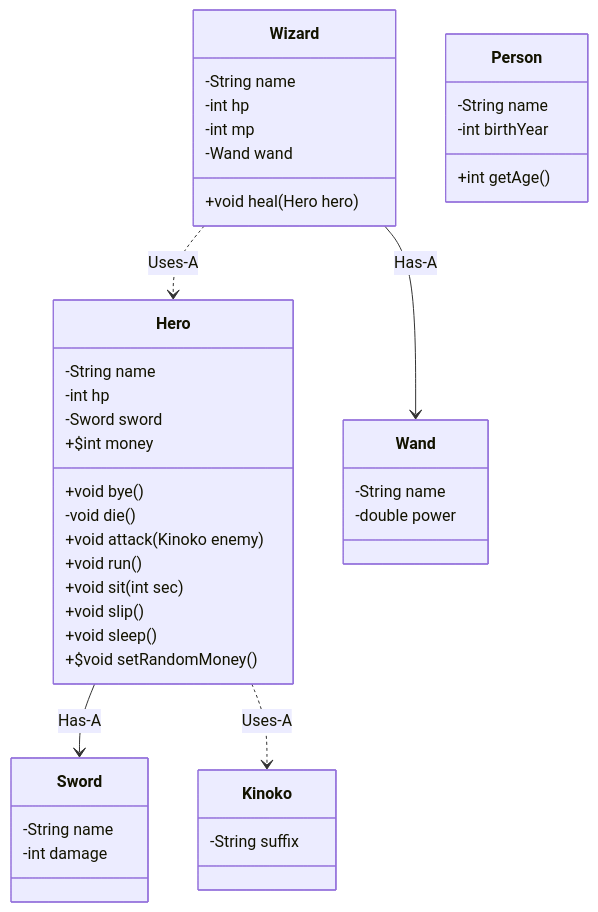
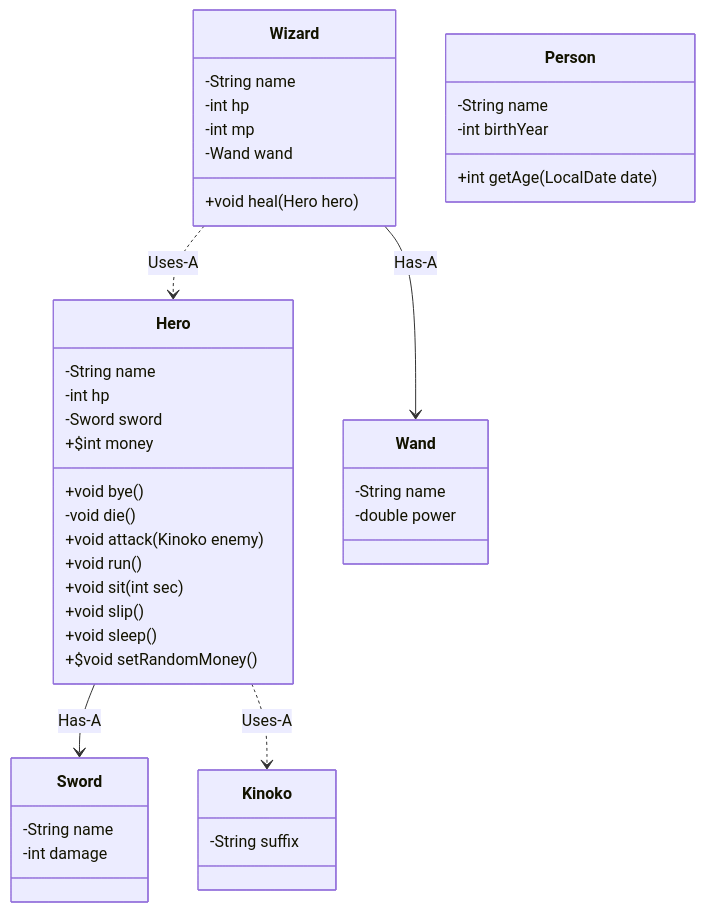
Before and after one commit to SurvivalCodingCampus/gangnam3-java-oop: the diagram in docs/2026-09-18.md, drawn with Mermaid. The commit also changed 1 other file, not shown here.

Commit message:
docs: 다이어그램 내 Person getAge 메서드 시그니처 수정

````diff
--- a/docs/2026-09-18.md
+++ b/docs/2026-09-18.md
@@ -12,52 +12,52 @@
 ```mermaid
 classDiagram
     class Kinoko {
         -String suffix
     }
 
     class Hero {
         -String name
         -int hp
         -Sword sword
         +$int money
         +void bye()
         -void die()
         +void attack(Kinoko enemy)
         +void run()
         +void sit(int sec)
         +void slip()
         +void sleep()
         +$void setRandomMoney()
     }
 
     class Sword {
         -String name
         -int damage
     }
 
     class Wizard {
         -String name
         -int hp
         -int mp
         -Wand wand
         +void heal(Hero hero)
     }
 
     class Wand {
         -String name
         -double power
     }
 
     class Person {
         -String name
         -int birthYear
-        +int getAge()
+        +int getAge(LocalDate date)
     }
 
     %% Relationship
     Hero --> Sword : Has-A
     Wizard --> Wand : Has-A
 
     Hero ..> Kinoko : Uses-A
     Wizard ..> Hero : Uses-A
 ```
````
